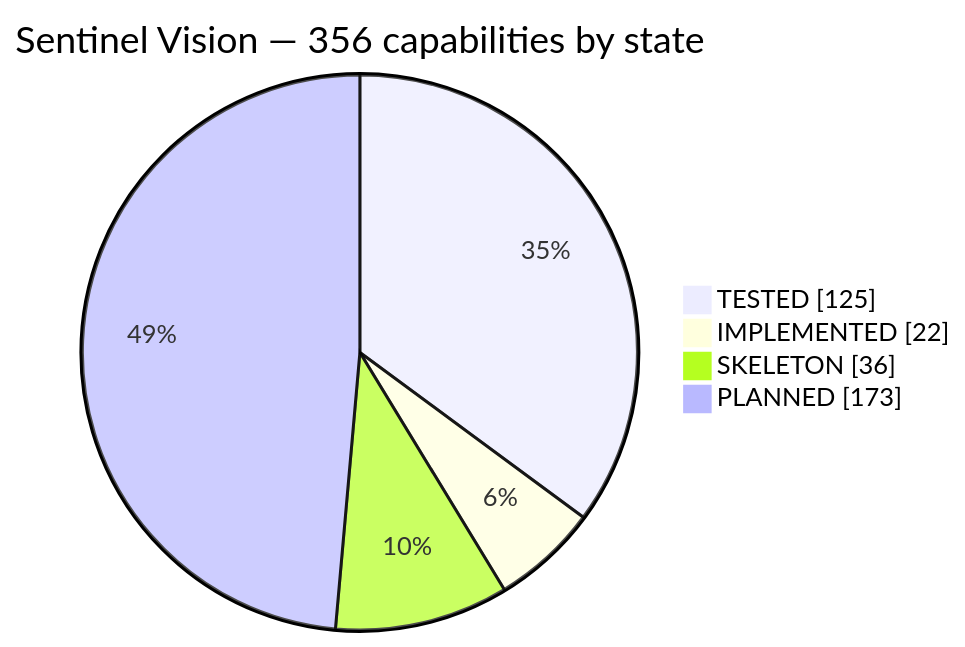
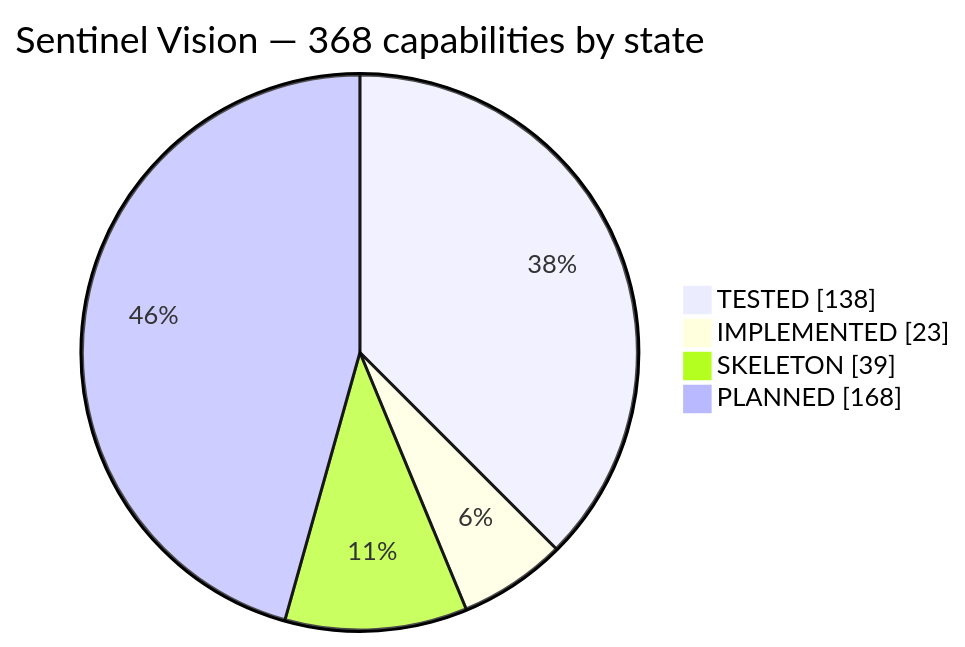
Before and after one commit to haidar-farhat/V.I.G.I.L._Vision_Intelligence_and_Geospatial_ncident_Layer: the first of 3 diagrams in FEATURES.md, drawn with Mermaid. The commit also changed other lines of this file and 11 other files, not shown here.

````diff
--- a/FEATURES.md
+++ b/FEATURES.md
@@ -46,8 +46,8 @@
 ```mermaid
 pie showData
-    title Sentinel Vision — 356 capabilities by state
-    "TESTED" : 125
-    "IMPLEMENTED" : 22
-    "SKELETON" : 36
-    "PLANNED" : 173
+    title Sentinel Vision — 368 capabilities by state
+    "TESTED" : 138
+    "IMPLEMENTED" : 23
+    "SKELETON" : 39
+    "PLANNED" : 168
 ```
````
